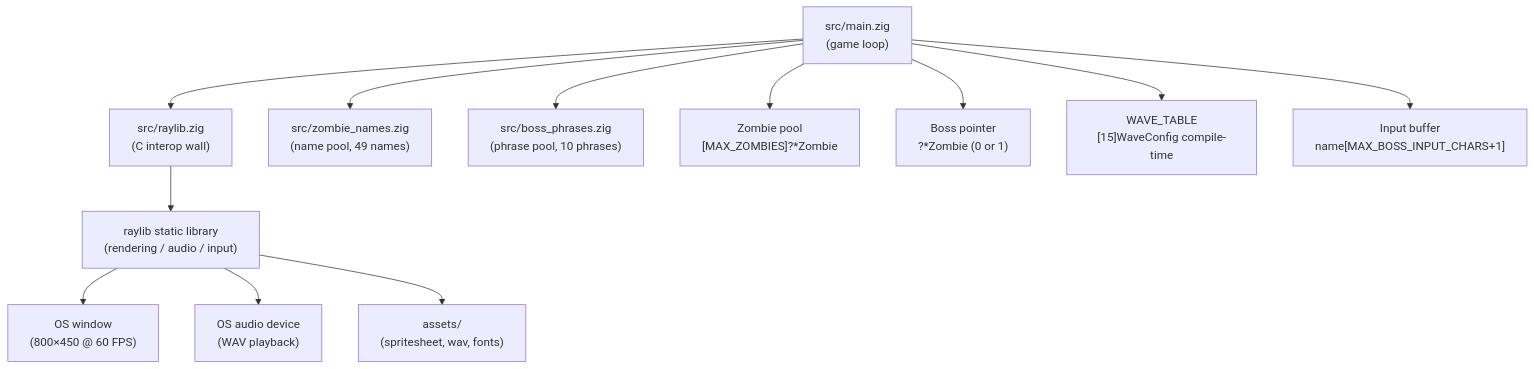
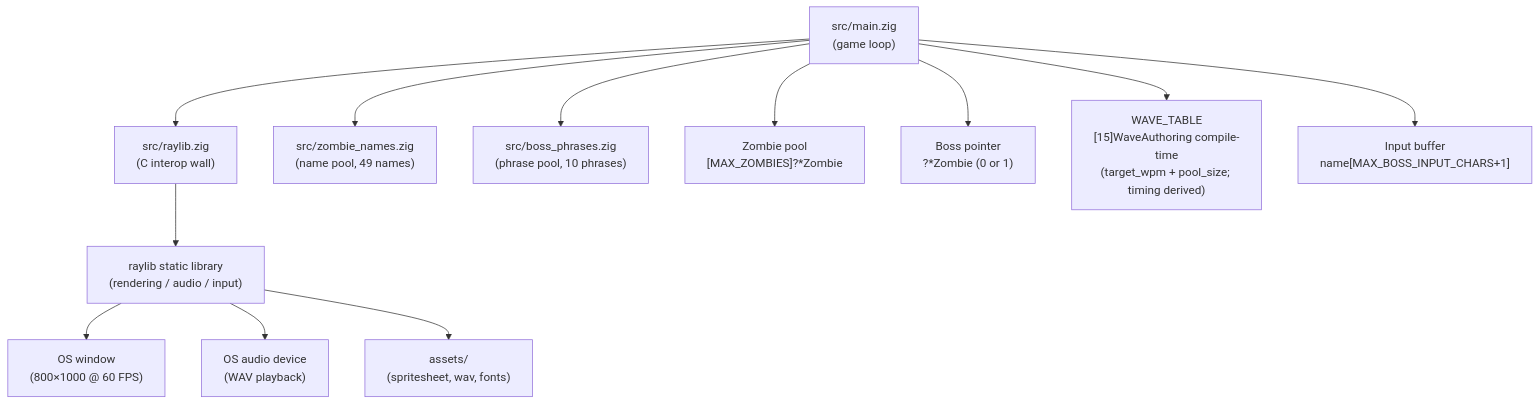
The first of 2 diagrams in specs/specifications/overview.md (bfernandez31/death-note), drawn with Mermaid before and after one commit. The commit also changed other lines of this file and 4 other files, not shown here.

````diff
--- a/specs/specifications/overview.md
+++ b/specs/specifications/overview.md
@@ -47,27 +47,27 @@
 ```mermaid
 graph TB
     Main["src/main.zig\n(game loop)"]
     RaylibWrapper["src/raylib.zig\n(C interop wall)"]
     ZombieNames["src/zombie_names.zig\n(name pool, 49 names)"]
     BossPhrases["src/boss_phrases.zig\n(phrase pool, 10 phrases)"]
     RaylibLib["raylib static library\n(rendering / audio / input)"]
     ZombiePool["Zombie pool\n[MAX_ZOMBIES]?*Zombie"]
     BossPtr["Boss pointer\n?*Zombie (0 or 1)"]
-    WaveTable["WAVE_TABLE\n[15]WaveConfig compile-time"]
+    WaveTable["WAVE_TABLE\n[15]WaveAuthoring compile-time\n(target_wpm + pool_size; timing derived)"]
     Assets["assets/\n(spritesheet, wav, fonts)"]
-    Window["OS window\n(800×450 @ 60 FPS)"]
+    Window["OS window\n(800×1000 @ 60 FPS)"]
     AudioDevice["OS audio device\n(WAV playback)"]
     InputBuf["Input buffer\nname[MAX_BOSS_INPUT_CHARS+1]"]
 
     Main --> RaylibWrapper
     Main --> ZombieNames
     Main --> BossPhrases
     Main --> ZombiePool
     Main --> BossPtr
     Main --> WaveTable
     Main --> InputBuf
     RaylibWrapper --> RaylibLib
     RaylibLib --> Window
     RaylibLib --> AudioDevice
     RaylibLib --> Assets
 ```
````
